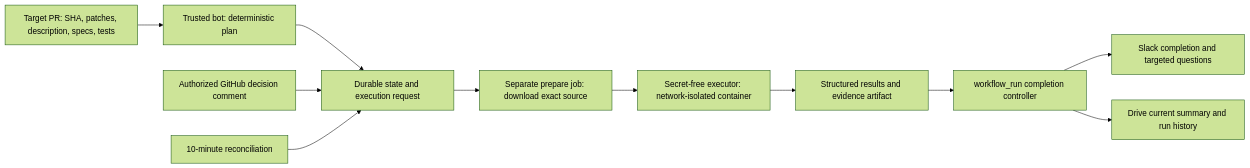
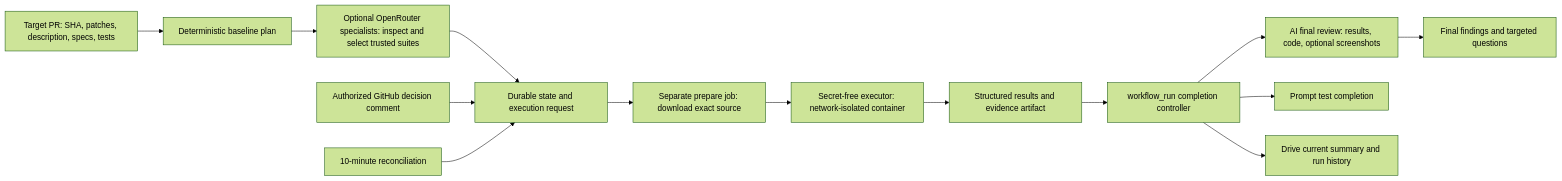
One commit to Vaidehi2510/QA-testbot changed the diagram in README.md. Above: the diagram before and after it, drawn with Mermaid (forest theme). The commit also changed other lines of this file and 40 other files, not shown here.

Commit message:
feat: add OpenRouter AI QA team and model dashboard

````diff
--- a/README.md
+++ b/README.md
@@ -30,13 +49,16 @@
 ```mermaid
 flowchart LR
-    PR[Target PR: SHA, patches, description, specs, tests] --> Plan[Trusted bot: deterministic plan]
-    Plan --> State[Durable state and execution request]
+    PR[Target PR: SHA, patches, description, specs, tests] --> Plan[Deterministic baseline plan]
+    Plan --> AI[Optional OpenRouter specialists: inspect and select trusted suites]
+    AI --> State[Durable state and execution request]
     State --> Prepare[Separate prepare job: download exact source]
     Prepare --> Test[Secret-free executor: network-isolated container]
     Test --> Results[Structured results and evidence artifact]
     Results --> Complete[workflow_run completion controller]
-    Complete --> Slack[Slack completion and targeted questions]
+    Complete --> Final[AI final review: results, code, optional screenshots]
+    Complete --> Slack[Prompt test completion]
+    Final --> SlackFinal[Final findings and targeted questions]
     Complete --> Drive[Drive current summary and run history]
     Decision[Authorized GitHub decision comment] --> State
     Poll[10-minute reconciliation] --> State
 ```
````
